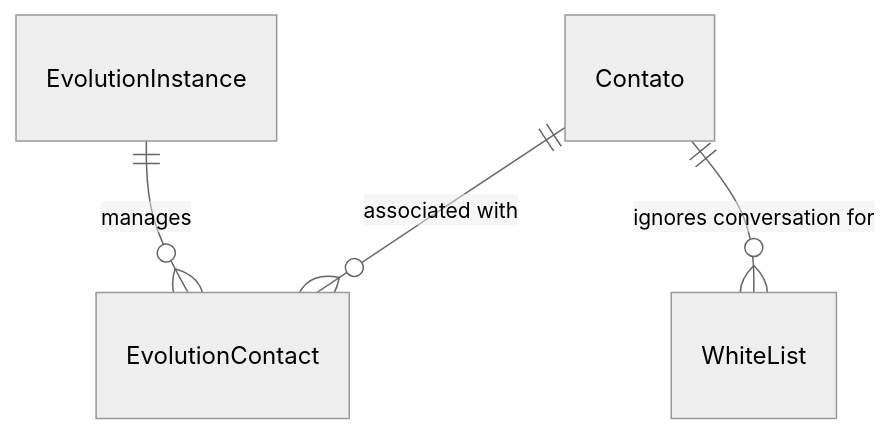
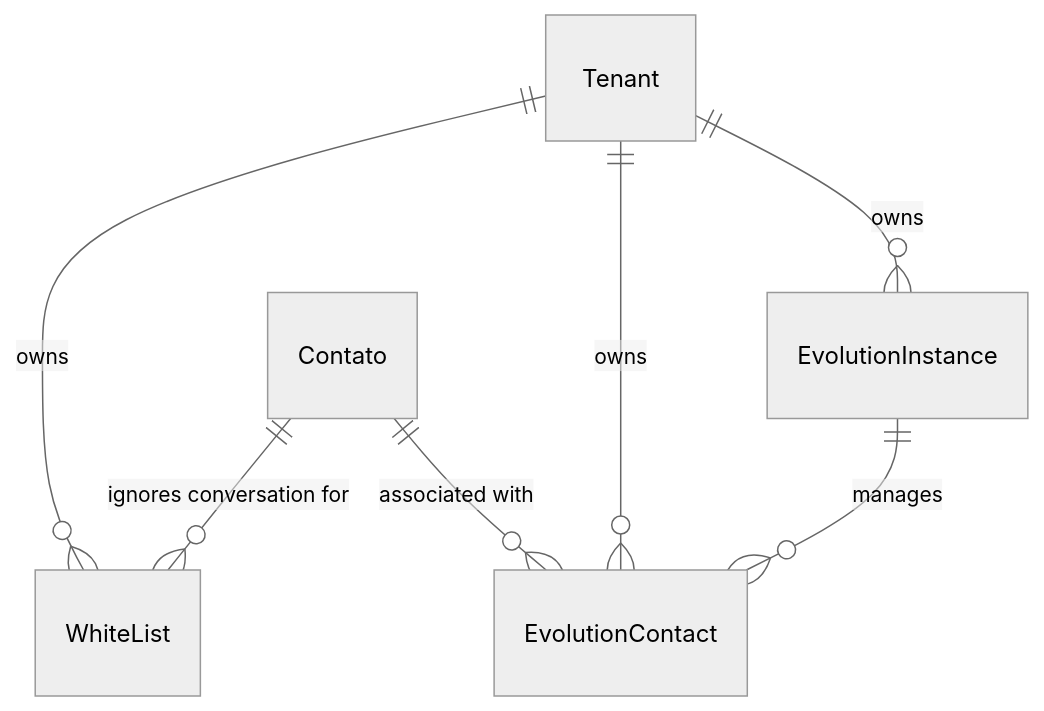
The diagram in smart-agent-config/doc_dev/modelagem_dados/06_modulo_integracoes.md (pwlimaverde/smart-core-assistant-v2), drawn with Mermaid (neutral theme) before and after one commit. The commit also changed other lines of this file and 11 other files, not shown here.

````diff
--- a/smart-agent-config/doc_dev/modelagem_dados/06_modulo_integracoes.md
+++ b/smart-agent-config/doc_dev/modelagem_dados/06_modulo_integracoes.md
@@ -120,6 +13,9 @@
 ```mermaid
 erDiagram
+    Tenant ||--o{ EvolutionInstance : "owns"
+    Tenant ||--o{ EvolutionContact : "owns"
+    Tenant ||--o{ WhiteList : "owns"
     EvolutionInstance ||--o{ EvolutionContact : "manages"
     Contato ||--o{ EvolutionContact : "associated with"
     Contato ||--o{ WhiteList : "ignores conversation for"
 ```
````
